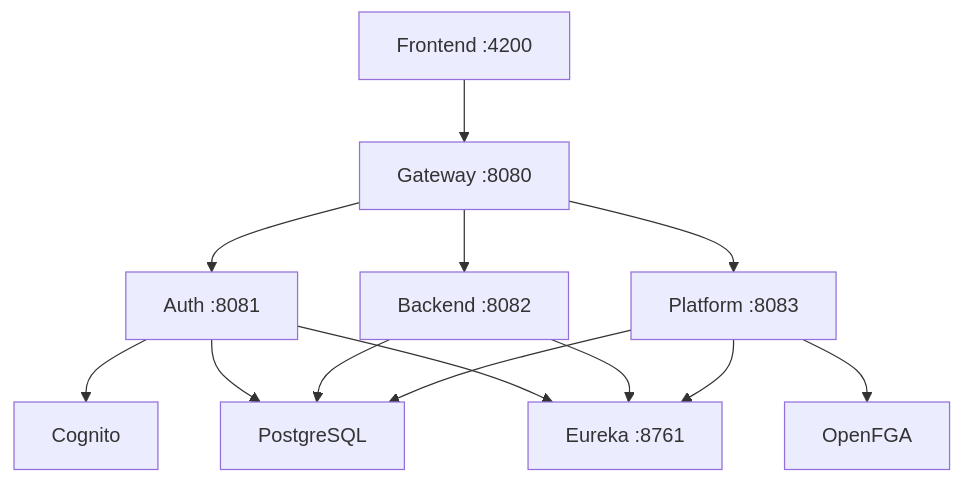
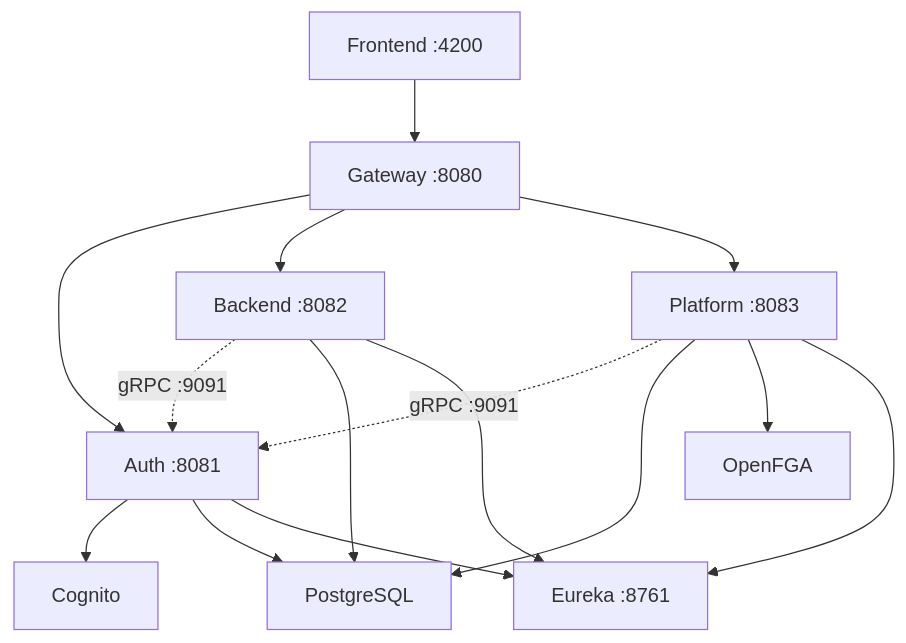
The diagram in docs/CONFIGURATION.md (pawanraocse/aws-infra), drawn with Mermaid before and after one commit. The commit also changed other lines of this file and 24 other files, not shown here.

````diff
--- a/docs/CONFIGURATION.md
+++ b/docs/CONFIGURATION.md
@@ -139,15 +139,17 @@
 ```mermaid
 graph TD
     A[Frontend :4200] --> B[Gateway :8080]
     B --> C[Auth :8081]
     B --> D[Backend :8082]
     B --> E[Platform :8083]
+    D -. gRPC :9091 .-> C
+    E -. gRPC :9091 .-> C
     C --> F[Cognito]
     C --> G[PostgreSQL]
     D --> G
     E --> G
     E --> H[OpenFGA]
     C --> I[Eureka :8761]
     D --> I
     E --> I
 ```
````
